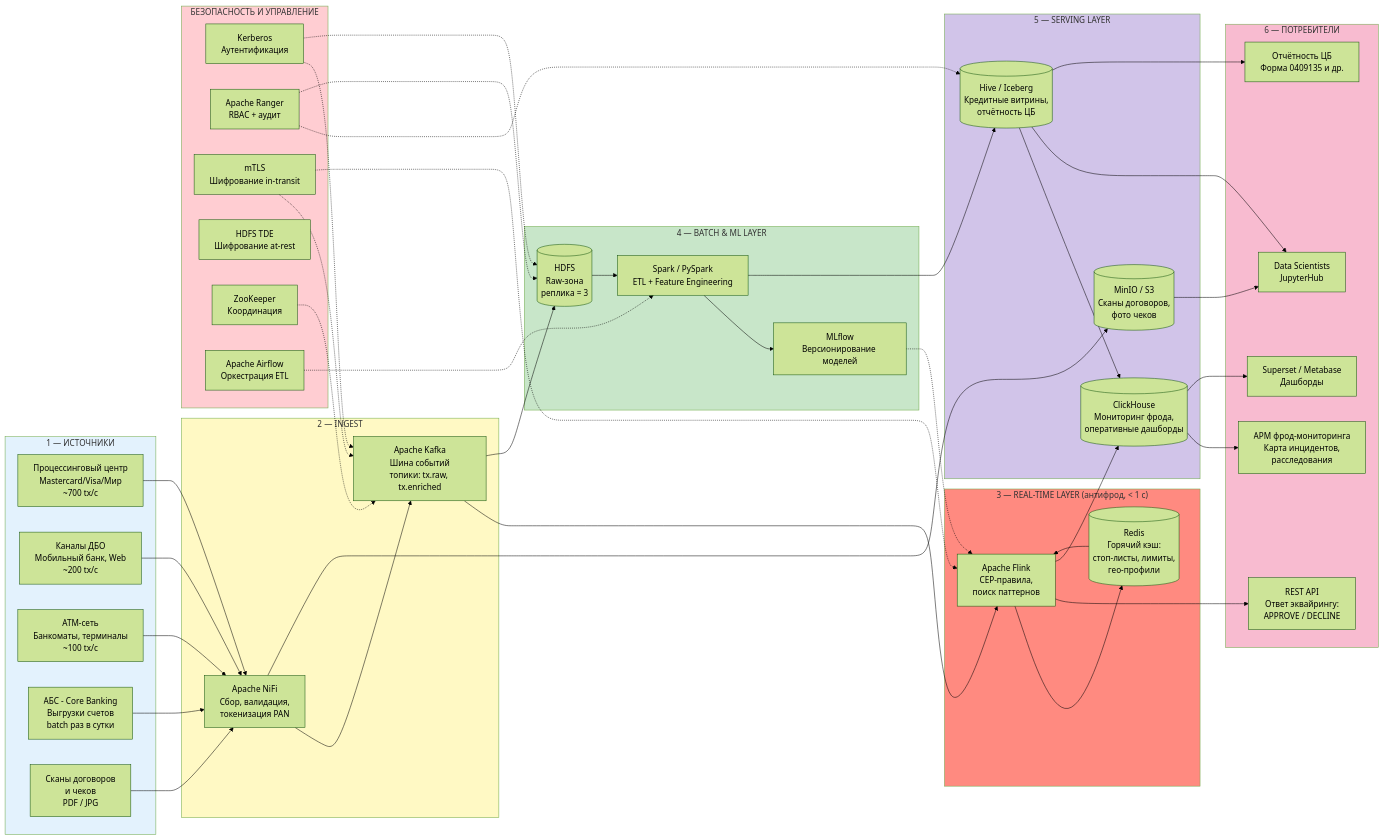
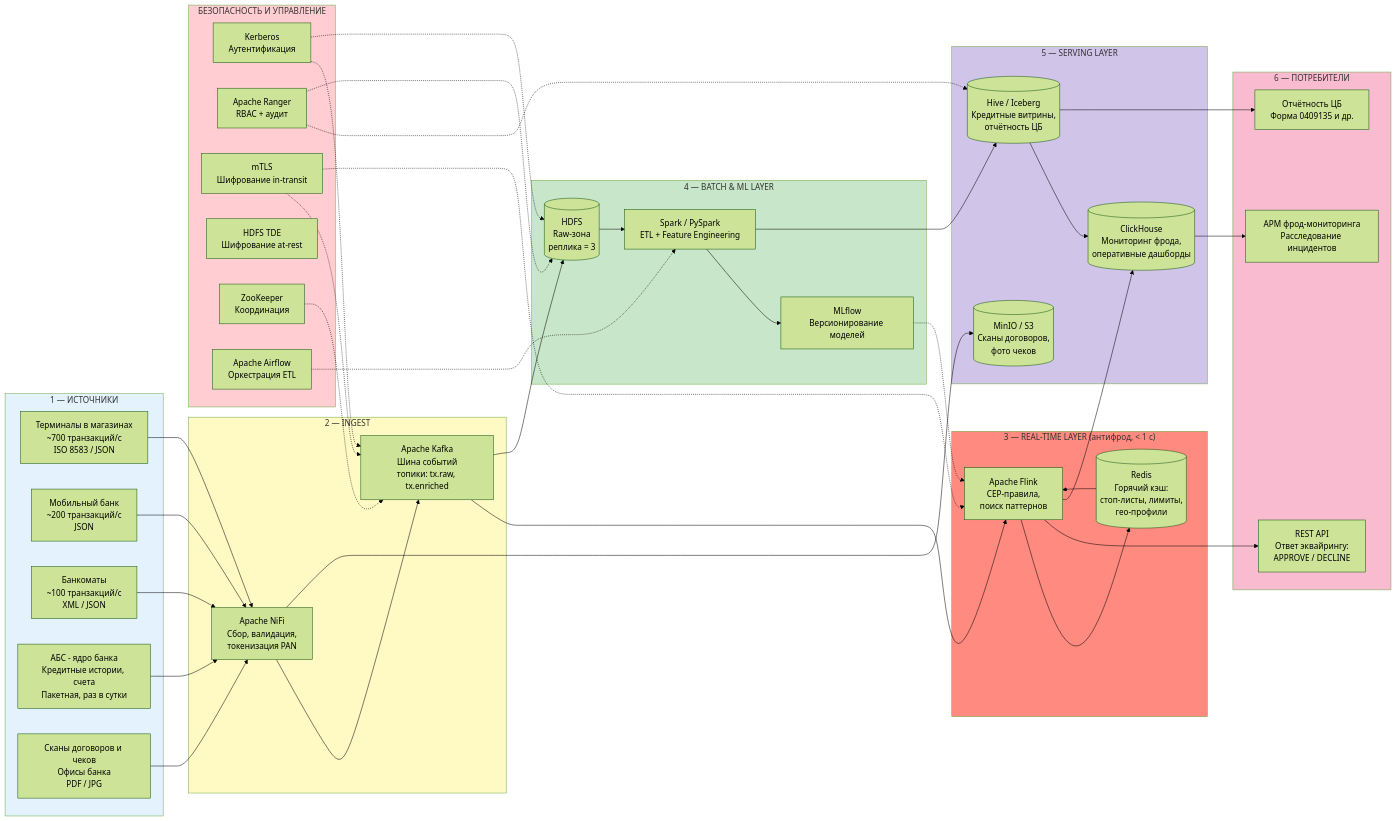
Before and after one commit to AlinaSabitova/Gos_examine: the diagram in archirecture/var2.md, drawn with Mermaid (forest theme).

````diff
--- a/archirecture/var2.md
+++ b/archirecture/var2.md
@@ -132,11 +132,11 @@
 ```mermaid
 flowchart LR
     subgraph SRC["1 — ИСТОЧНИКИ"]
-        CORE[Процессинговый центр<br/>Mastercard/Visa/Мир<br/>~700 tx/с]
-        DBO[Каналы ДБО<br/>Мобильный банк, Web<br/>~200 tx/с]
-        ATM[ATM-сеть<br/>Банкоматы, терминалы<br/>~100 tx/с]
-        ABS[АБС - Core Banking<br/>Выгрузки счетов<br/>batch раз в сутки]
-        DOCS[Сканы договоров<br/>и чеков<br/>PDF / JPG]
+        TERM[Терминалы в магазинах<br/>~700 транзакций/с<br/>ISO 8583 / JSON]
+        MOB[Мобильный банк<br/>~200 транзакций/с<br/>JSON]
+        ATM[Банкоматы<br/>~100 транзакций/с<br/>XML / JSON]
+        ABS[АБС - ядро банка<br/>Кредитные истории, счета<br/>Пакетная, раз в сутки]
+        DOCS[Сканы договоров и чеков<br/>Офисы банка<br/>PDF / JPG]
     end
 
     subgraph ING["2 — INGEST"]
@@ -162,10 +162,8 @@
     end
 
     subgraph CONS["6 — ПОТРЕБИТЕЛИ"]
-        FRAUD[АРМ фрод-мониторинга<br/>Карта инцидентов,<br/>расследования]
-        BI[Superset / Metabase<br/>Дашборды]
+        FRAUD[АРМ фрод-мониторинга<br/>Расследование инцидентов]
         API[REST API<br/>Ответ эквайрингу:<br/>APPROVE / DECLINE]
-        DS[Data Scientists<br/>JupyterHub]
         CBR[Отчётность ЦБ<br/>Форма 0409135 и др.]
     end
 
@@ -178,8 +176,8 @@
         AIRFLOW[Apache Airflow<br/>Оркестрация ETL]
     end
 
-    CORE --> NIFI
-    DBO --> NIFI
+    TERM --> NIFI
+    MOB --> NIFI
     ATM --> NIFI
     ABS --> NIFI
     DOCS --> NIFI
@@ -204,10 +202,7 @@
     REDIS --> FLINK
 
     CH --> FRAUD
-    CH --> BI
-    HIVE --> DS
     HIVE --> CBR
-    MINIO --> DS
 
     KERB -.-> KAFKA
     KERB -.-> HDFS
````
